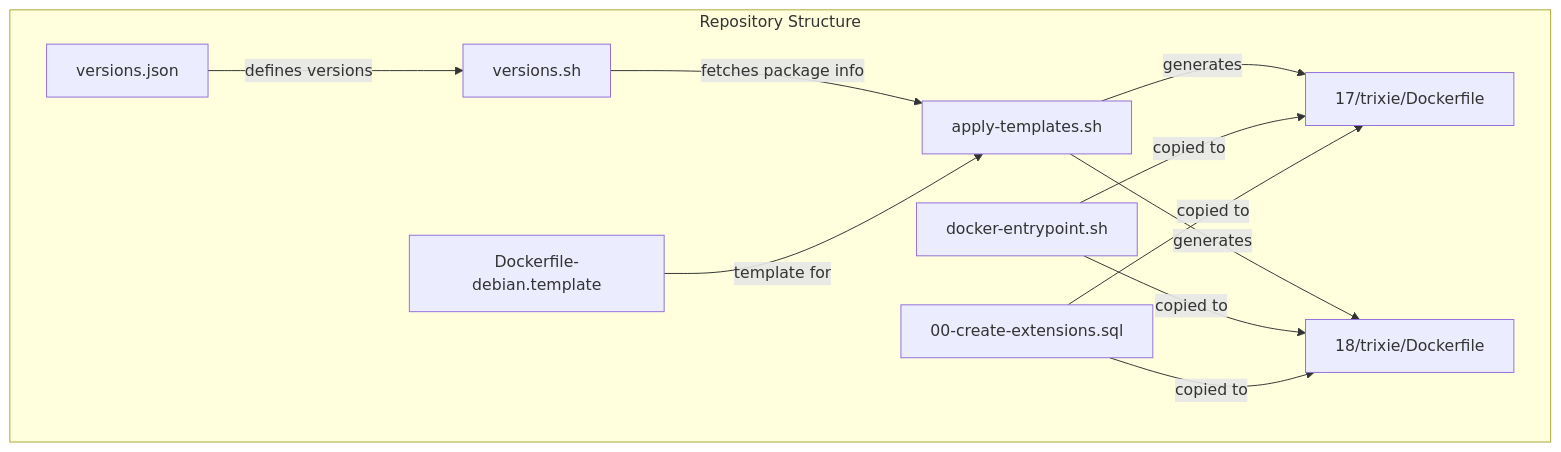
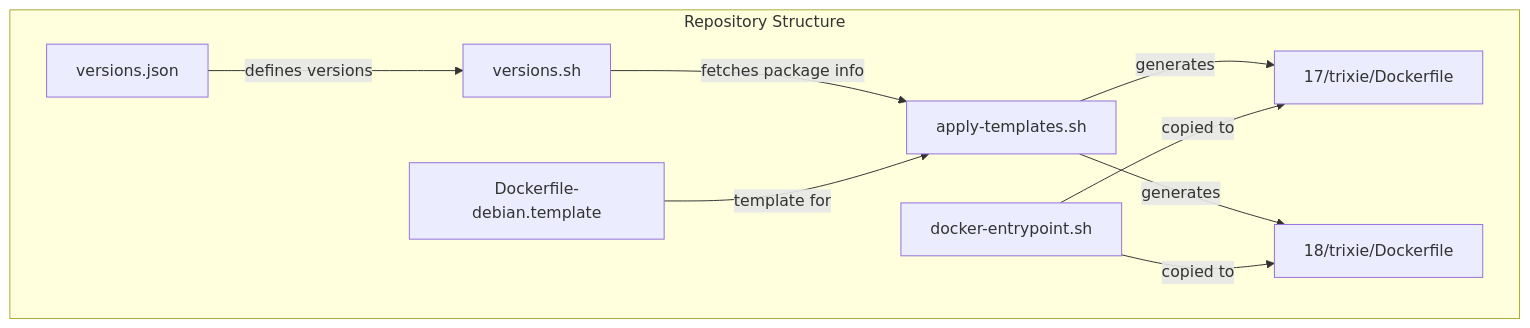
The first of 3 diagrams in README.md (mlshdev/postgres), drawn with Mermaid before and after one commit. The commit also changed other lines of this file and 7 other files, not shown here.

Commit message:
Remove auto-creation of extensions, leave them available for user to create

````diff
--- a/README.md
+++ b/README.md
@@ -172,14 +201,12 @@
 ```mermaid
 graph TB
     subgraph "Repository Structure"
         A[versions.json] -->|defines versions| B[versions.sh]
         B -->|fetches package info| C[apply-templates.sh]
         C -->|generates| D[17/trixie/Dockerfile]
         C -->|generates| E[18/trixie/Dockerfile]
         F[Dockerfile-debian.template] -->|template for| C
         G[docker-entrypoint.sh] -->|copied to| D
         G -->|copied to| E
-        H[00-create-extensions.sql] -->|copied to| D
-        H -->|copied to| E
     end
 ```
````
